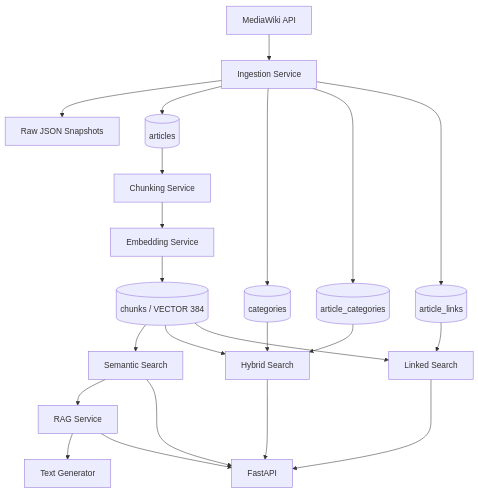
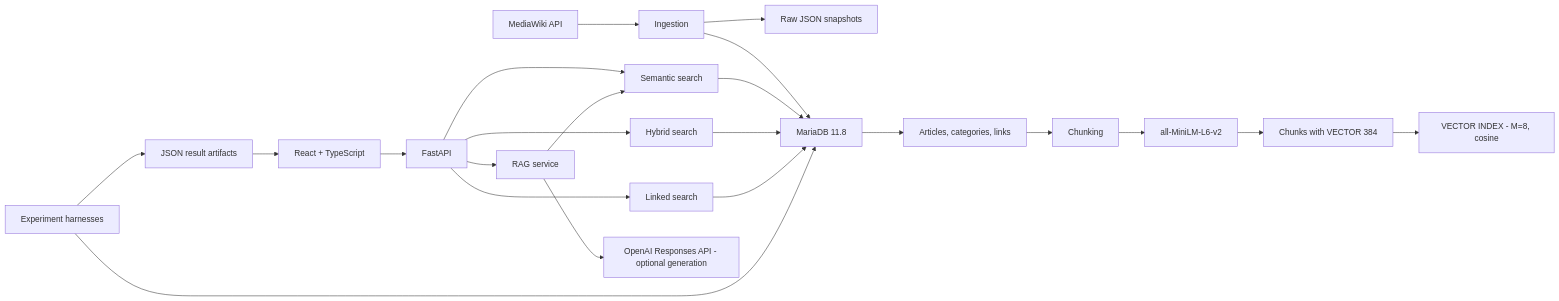
Before and after one commit to minavarlii/mvf-databases-cu: the diagram in README.md, drawn with Mermaid. The commit also changed other lines of this file and 67 other files, not shown here.

````diff
--- a/README.md
+++ b/README.md
@@ -67,33 +42,28 @@
 ```mermaid
-flowchart TD
-    MW[MediaWiki API]
+flowchart LR
+    MW["MediaWiki API"] --> ING["Ingestion"]
+    ING --> RAW["Raw JSON snapshots"]
+    ING --> MDB["MariaDB 11.8"]
 
-    MW --> ING[Ingestion Service]
+    MDB --> ART["Articles, categories, links"]
+    ART --> CH["Chunking"]
+    CH --> EMB["all-MiniLM-L6-v2"]
+    EMB --> VEC["Chunks with VECTOR 384"]
+    VEC --> IDX["VECTOR INDEX - M=8, cosine"]
 
-    ING --> RAW[Raw JSON Snapshots]
-    ING --> ART[(articles)]
-    ING --> CAT[(categories)]
-    ING --> AC[(article_categories)]
-    ING --> LINKS[(article_links)]
+    UI["React + TypeScript"] --> API["FastAPI"]
+    API --> SEM["Semantic search"]
+    API --> HYB["Hybrid search"]
+    API --> LNK["Linked search"]
+    API --> RAG["RAG service"]
 
-    ART --> CHUNK[Chunking Service]
-    CHUNK --> EMB[Embedding Service]
-    EMB --> VEC[(chunks / VECTOR 384)]
+    SEM --> MDB
+    HYB --> MDB
+    LNK --> MDB
+    RAG --> SEM
+    RAG --> LLM["OpenAI Responses API - optional generation"]
 
-    VEC --> SEM[Semantic Search]
-
-    CAT --> HYB[Hybrid Search]
-    AC --> HYB
-    VEC --> HYB
-
-    LINKS --> LINKED[Linked Search]
-    VEC --> LINKED
-
-    SEM --> RAG[RAG Service]
-    RAG --> GEN[Text Generator]
-
-    SEM --> API[FastAPI]
-    HYB --> API
-    LINKED --> API
-    RAG --> API
+    EXP["Experiment harnesses"] --> MDB
+    EXP --> EVAL["JSON result artifacts"]
+    EVAL --> UI
 ```
````
